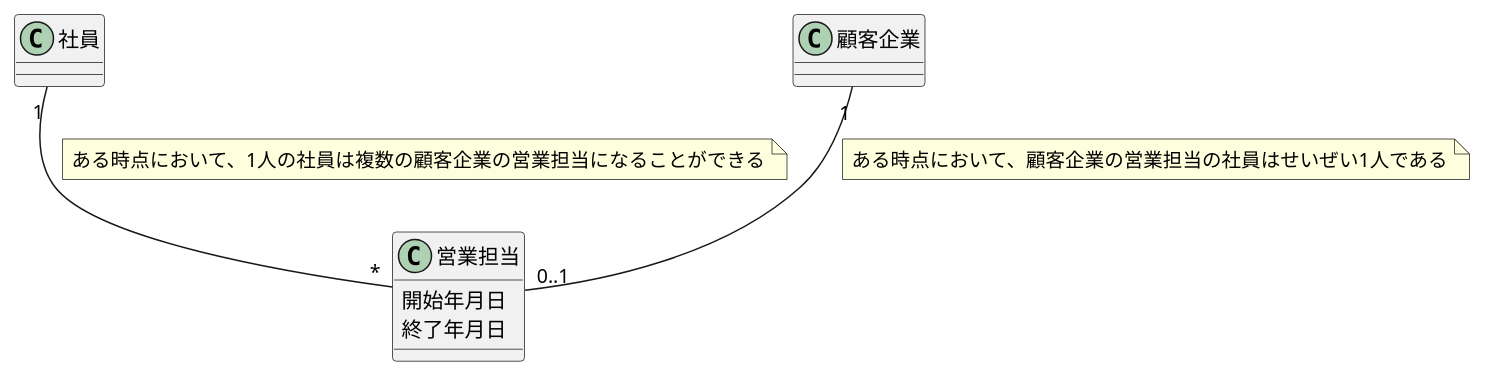
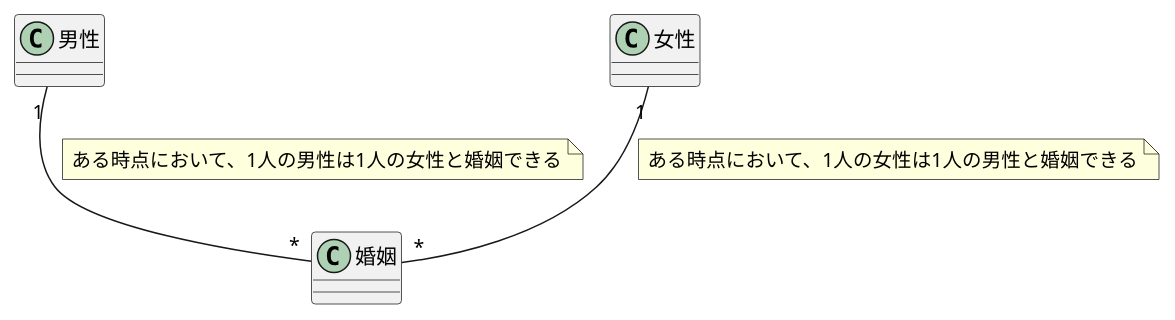
One commit to yinm/uml-modeling-lesson changed the diagram in ch11/sample.puml. Above: the diagram before and after it, drawn with PlantUML.

```diff
--- a/ch11/sample.puml
+++ b/ch11/sample.puml
@@ -1,17 +1,13 @@
 @startuml
 
-class 社員
-class 顧客企業
+class 男性
+class 女性
+class 婚姻
 
-class 営業担当 {
-  開始年月日
-  終了年月日
-}
+男性 "1"--"*" 婚姻
+note on link : ある時点において、1人の男性は1人の女性と婚姻できる
 
-社員 "1"--"*" 営業担当
-note on link : ある時点において、1人の社員は複数の顧客企業の営業担当になることができる
-
-顧客企業 "1"--"0..1" 営業担当
-note on link : ある時点において、顧客企業の営業担当の社員はせいぜい1人である
+女性 "1"--"*" 婚姻
+note on link : ある時点において、1人の女性は1人の男性と婚姻できる
 
 @enduml
```
